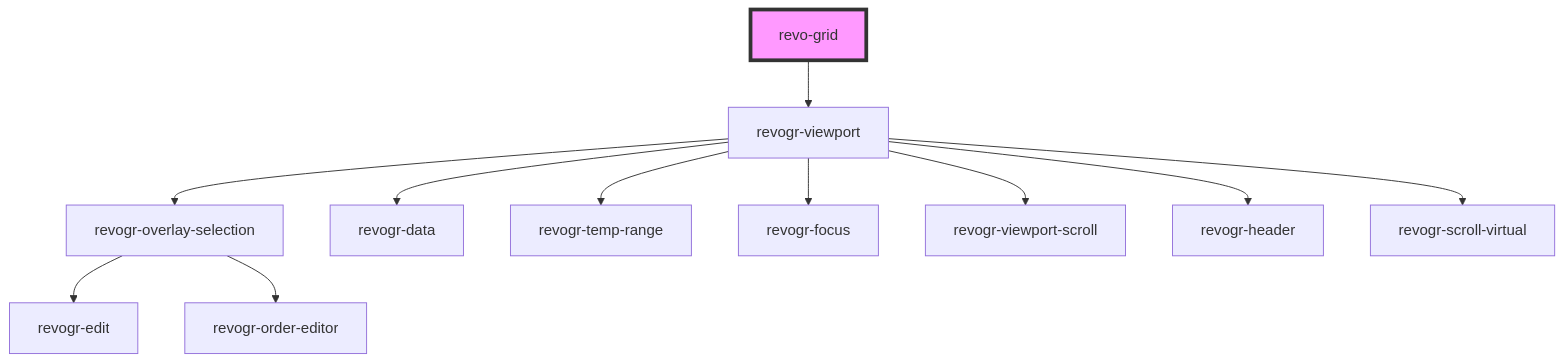
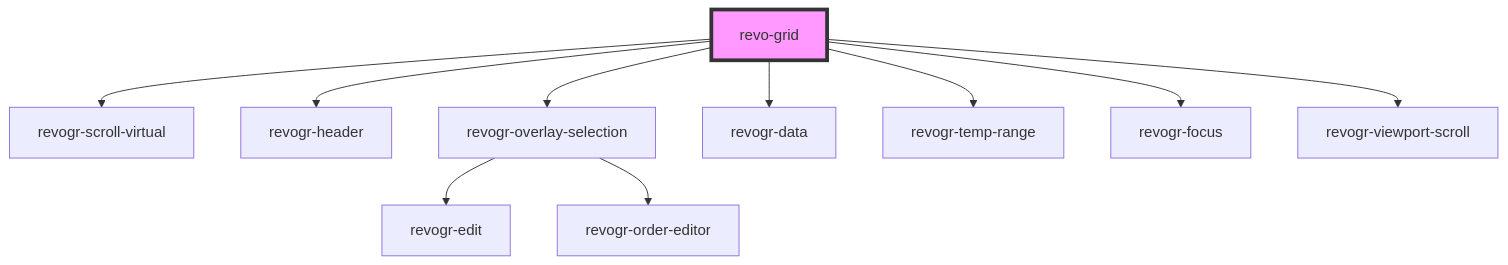
One commit to revolist/revogrid changed the diagram in src/components/revo-grid/readme.md. Above: the diagram before and after it, drawn with Mermaid. The commit also changed other lines of this file and 41 other files, not shown here.

````diff
--- a/src/components/revo-grid/readme.md
+++ b/src/components/revo-grid/readme.md
@@ -250,14 +256,13 @@
 ```mermaid
 graph TD;
-  revo-grid --> revogr-viewport
-  revogr-viewport --> revogr-overlay-selection
-  revogr-viewport --> revogr-data
-  revogr-viewport --> revogr-temp-range
-  revogr-viewport --> revogr-focus
-  revogr-viewport --> revogr-viewport-scroll
-  revogr-viewport --> revogr-header
-  revogr-viewport --> revogr-scroll-virtual
+  revo-grid --> revogr-scroll-virtual
+  revo-grid --> revogr-header
+  revo-grid --> revogr-overlay-selection
+  revo-grid --> revogr-data
+  revo-grid --> revogr-temp-range
+  revo-grid --> revogr-focus
+  revo-grid --> revogr-viewport-scroll
   revogr-overlay-selection --> revogr-edit
   revogr-overlay-selection --> revogr-order-editor
   style revo-grid fill:#f9f,stroke:#333,stroke-width:4px
 ```
````
